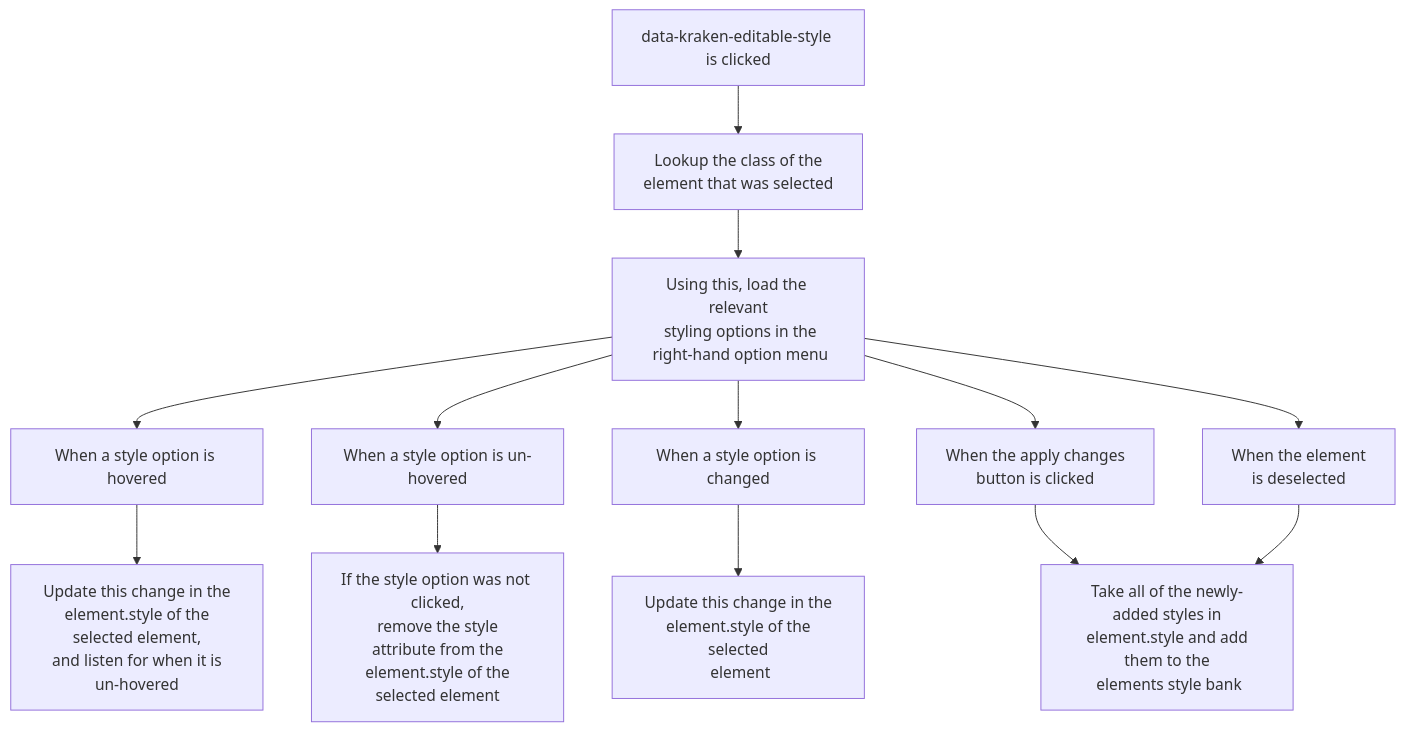
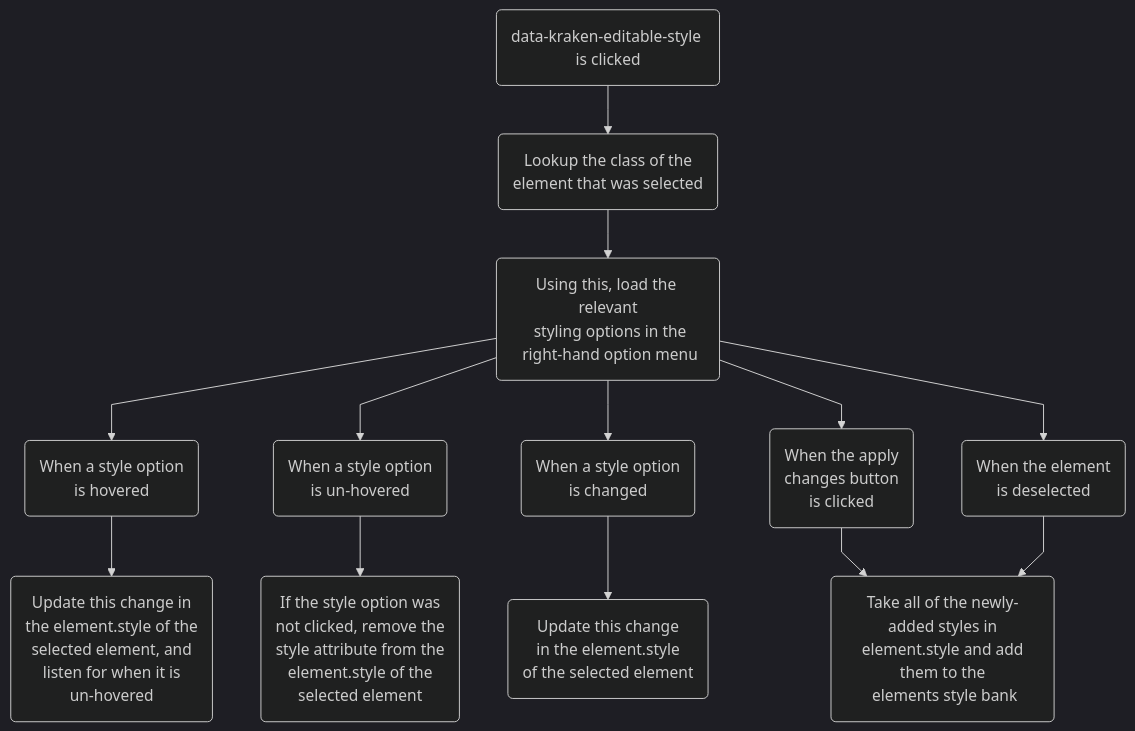
Before and after one commit to tomgxz/Kraken: the ninth of 14 diagrams in README.md, drawn with Mermaid. The commit also changed other lines of this file, not shown here.

Commit message:
Mermaid Formatting

````diff
--- a/README.md
+++ b/README.md
@@ -507,15 +501,10 @@
 ```mermaid
+%%{init: {'theme':'dark', 'flowchart': {'curve': 'linear'},'themeVariables':{'fontFamily':'Lexend,Noto Sans,Helvetica,Arial'}}}%%
+
 graph TD
-  A[data-kraken-editable-style is clicked] --> B["Lookup the class of the\n element that was selected"]
-  B --> C["Using this, load the relevant\n styling options in the\n right-hand option menu"]
-  C --> E["When a style option is hovered"]
-  E --> e["Update this change in the\n element.style of the selected element,\n and listen for when it is un-hovered"]
-  C --> F["When a style option is un-hovered"]
-  F --> f["If the style option was not clicked,\n remove the style attribute from the\n element.style of the selected element"]
-  C --> G["When a style option is changed"]
-  G --> g["Update this change in the\n element.style of the selected\n element"]
-  C --> I["When the element\n is deselected"]
-  C --> H["When the apply changes\n button is clicked"]
-  H --> J["Take all of the newly-added styles in\n element.style and add them to the\n elements style bank"]
-  I --> J
+  A(data-kraken-editable-style is clicked) --> B("Lookup the class of the\n element that was selected") --> C("Using this, load the relevant\n styling options in the\n right-hand option menu") --> E("When a style option\n is hovered") & F("When a style option\n is un-hovered") & G("When a style option\n is changed") & I("When the element\n is deselected") & H("When the apply\n changes button\n is clicked")
+  E --> e("Update this change in\n the element.style of the\n selected element, and\n listen for when it is\n un-hovered")
+  F --> f("If the style option was\n not clicked, remove the\n style attribute from the\n element.style of the\n selected element")
+  G --> g("Update this change\n in the element.style\n of the selected element")
+  H & I--> J("Take all of the newly-added styles in\n element.style and add them to the\n elements style bank")
 ```
````
